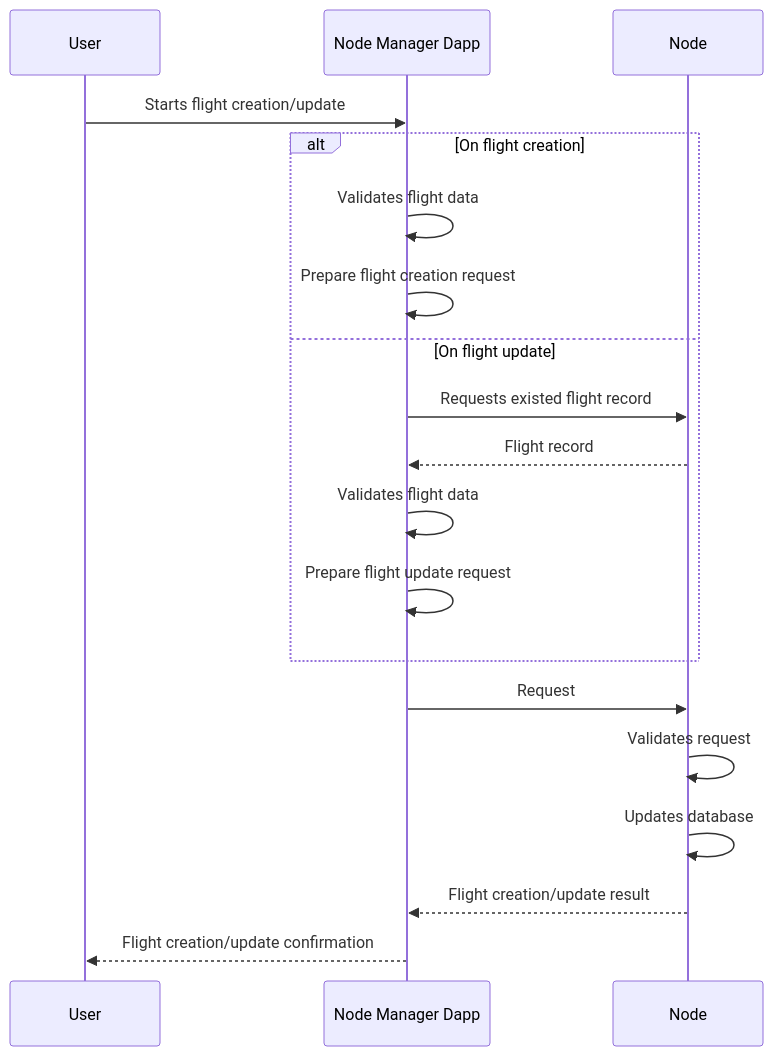
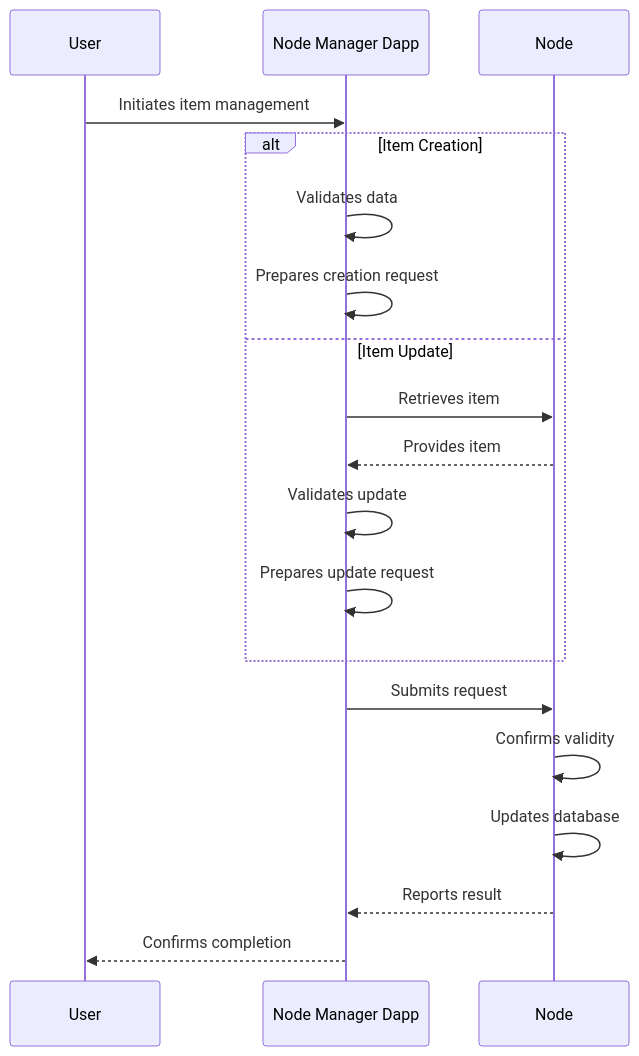
One commit to windingtree/mvp changed the eighth of 14 diagrams in docs/architecture.md. Above: the diagram before and after it, drawn with Mermaid. The commit also changed other lines of this file and 1 other file, not shown here.

Commit message:
docs: ✏️ Added the MVP architecture document

````diff
--- a/docs/architecture.md
+++ b/docs/architecture.md
@@ -290,24 +270,24 @@
 ```mermaid
 sequenceDiagram
   participant user as User
   participant manager as Node Manager Dapp
   participant node as Node
 
-  user->>manager: Starts flight creation/update
+  user->>manager: Initiates item management
 
-  alt On flight creation
-    manager->>manager: Validates flight data
-    manager->>manager: Prepare flight creation request
-  else On flight update
-    manager->>node: Requests existed flight record
-    node-->>manager: Flight record
-    manager->>manager: Validates flight data
-    manager->>manager: Prepare flight update request
+  alt Item Creation
+    manager->>manager: Validates data
+    manager->>manager: Prepares creation request
+  else Item Update
+    manager->>node: Retrieves item
+    node-->>manager: Provides item
+    manager->>manager: Validates update
+    manager->>manager: Prepares update request
   end
 
-  manager->>node: Request
-  node->>node: Validates request
+  manager->>node: Submits request
+  node->>node: Confirms validity
   node->>node: Updates database
-  node-->>manager: Flight creation/update result
-  manager-->>user: Flight creation/update confirmation
+  node-->>manager: Reports result
+  manager-->>user: Confirms completion
 ```
````
